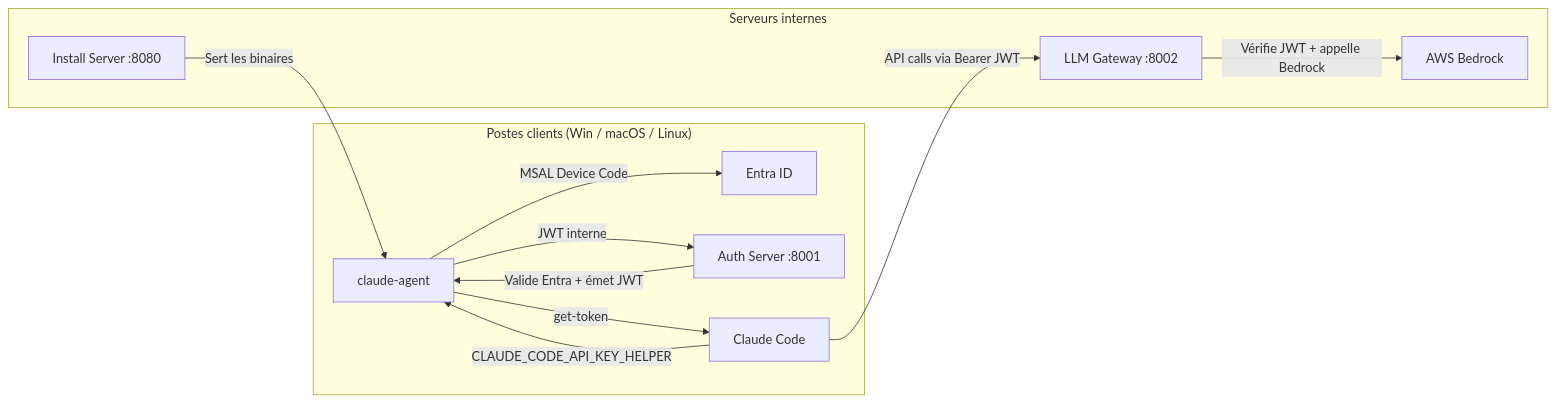
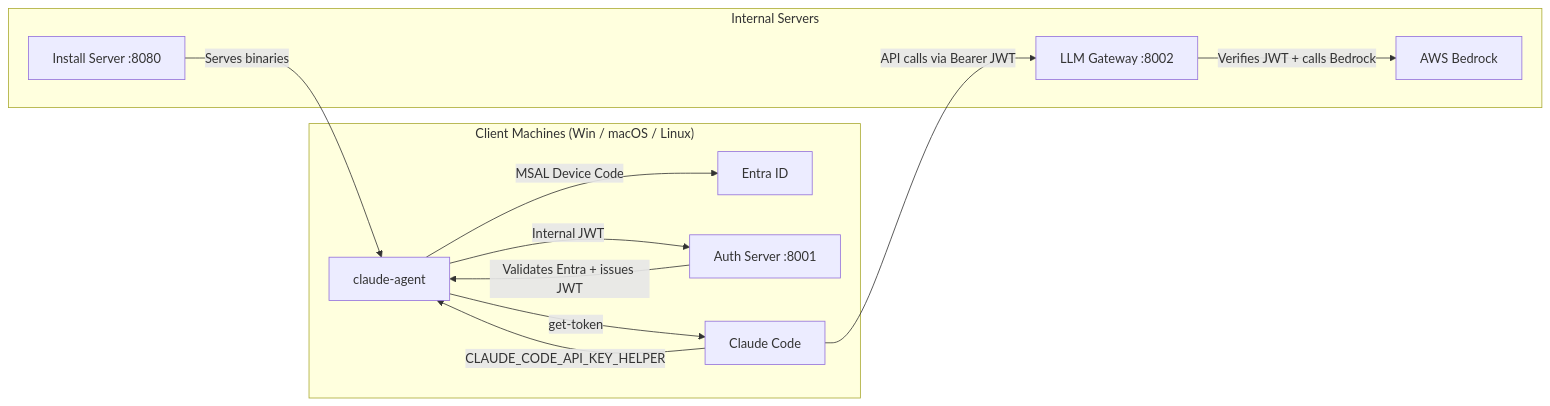
Before and after one commit to ShimonMimoun/claude-code-cli: the diagram in README.md, drawn with Mermaid. The commit also changed other lines of this file and 1 other file, not shown here.

````diff
--- a/README.md
+++ b/README.md
@@ -27,17 +29,17 @@
 ```mermaid
 graph LR
-    subgraph "Postes clients (Win / macOS / Linux)"
+    subgraph "Client Machines (Win / macOS / Linux)"
         A[claude-agent] -->|MSAL Device Code| B[Entra ID]
-        A -->|JWT interne| C
+        A -->|Internal JWT| C
         A -->|get-token| D[Claude Code]
     end
 
-    subgraph "Serveurs internes"
-        C[Auth Server :8001] -->|Valide Entra + émet JWT| A
-        E[LLM Gateway :8002] -->|Vérifie JWT + appelle Bedrock| F[AWS Bedrock]
-        G[Install Server :8080] -->|Sert les binaires| A
+    subgraph "Internal Servers"
+        C[Auth Server :8001] -->|Validates Entra + issues JWT| A
+        E[LLM Gateway :8002] -->|Verifies JWT + calls Bedrock| F[AWS Bedrock]
+        G[Install Server :8080] -->|Serves binaries| A
     end
 
     D -->|CLAUDE_CODE_API_KEY_HELPER| A
     D -->|API calls via Bearer JWT| E
 ```
````
